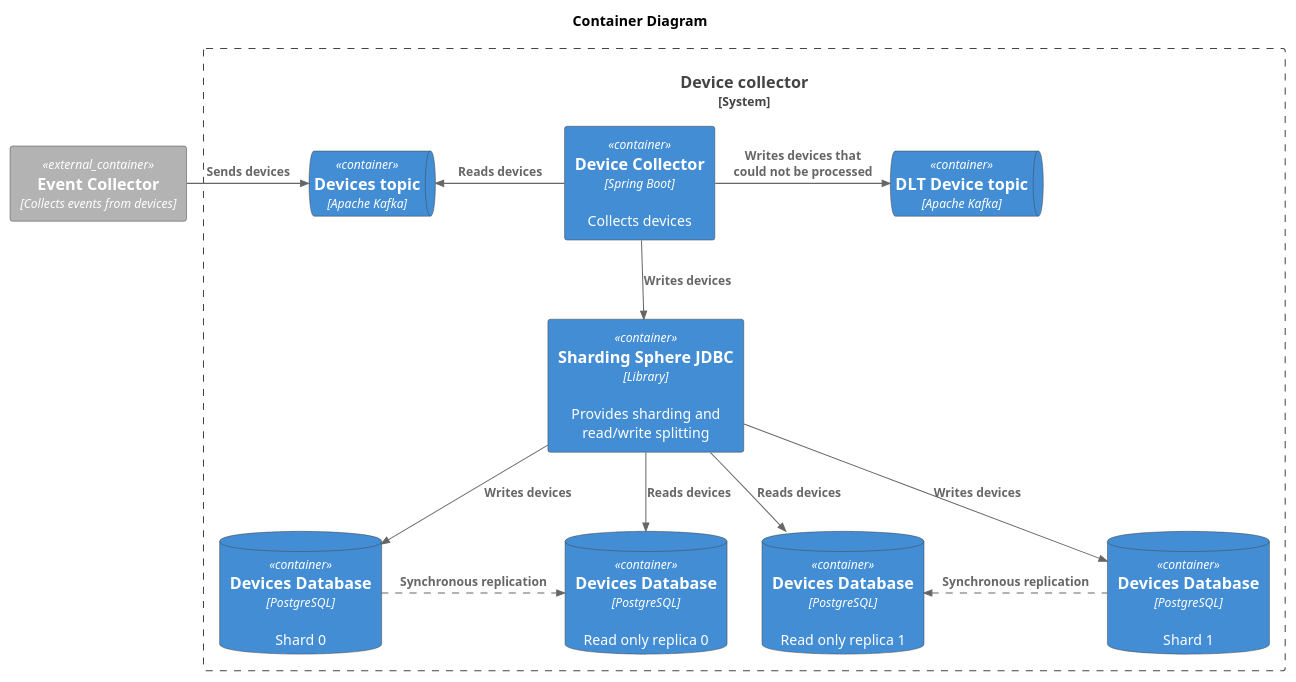
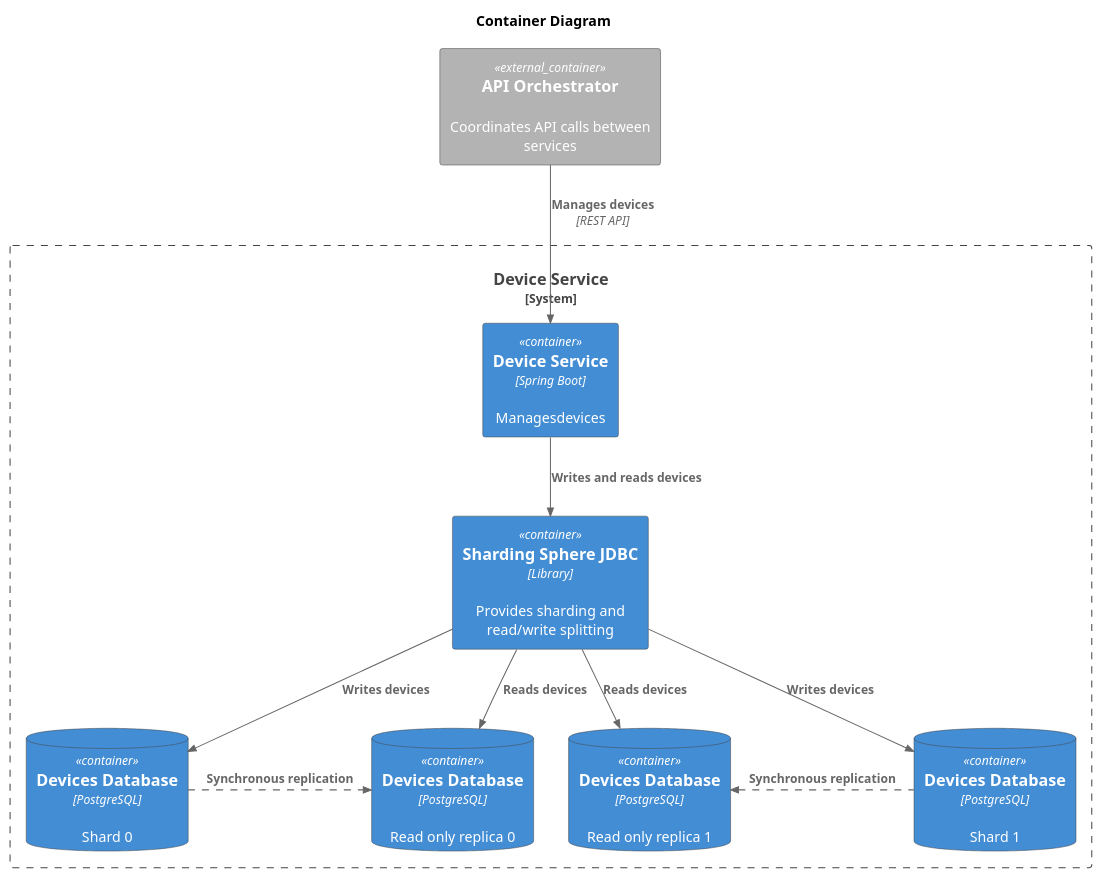
The diagram in device-service/architecture/diagrams/container.puml (ds-usova/ourcode-iot-platform), drawn with PlantUML before and after one commit. The commit also changed 2 other files, not shown here.

Commit message:
Update container diagram

```diff
--- a/device-service/architecture/diagrams/container.puml
+++ b/device-service/architecture/diagrams/container.puml
@@ -1,46 +1,40 @@
 @startuml Context
 !include https://raw.githubusercontent.com/plantuml-stdlib/C4-PlantUML/master/C4_Container.puml
 
 title "Container Diagram"
 
 ' Styles
 UpdateElementStyle("container", $borderColor="#444444")
 UpdateElementStyle("external_container", $borderColor="#444444")
 
 AddRelTag("dashed", $lineStyle = DashedLine())
 
-System_Boundary(system, "Device collector") {
+System_Boundary(system, "Device Service") {
 
     ' Containers
-    Container(device_collector, "Device Collector", "Spring Boot", "Collects devices")
+    Container(device_service, "Device Service", "Spring Boot", "Managesdevices")
 
     Container(sharding_sphere, "Sharding Sphere JDBC", "Library", "Provides sharding and read/write splitting")
 
     ContainerDb(device_db_shard_0, "Devices Database", "PostgreSQL", "Shard 0")
     ContainerDb(device_db_shard_1, "Devices Database", "PostgreSQL", "Shard 1")
     ContainerDb(device_db_replica_0, "Devices Database", "PostgreSQL", "Read only replica 0")
     ContainerDb(device_db_replica_1, "Devices Database", "PostgreSQL", "Read only replica 1")
 
-    ContainerQueue(devices_topic, "Devices topic", "Apache Kafka")
-    ContainerQueue(devices_dlt_topic, "DLT Device topic", "Apache Kafka")
-
 }
 
 ' External containers
-Container_Ext(event_collector, "Event Collector", "Collects events from devices")
+Container_Ext(orchestrator, "API Orchestrator", "", "Coordinates API calls between services")
 
-Rel_R(event_collector, devices_topic, "Sends devices")
-Rel_L(device_collector, devices_topic, "Reads devices")
-
-Rel_R(device_collector, devices_dlt_topic, "Writes devices that could not be processed")
-Rel_D(device_collector, sharding_sphere, "Writes devices")
+Rel_D(orchestrator, device_service, "Manages devices", "REST API")
+Rel_D(device_service, sharding_sphere, "Writes and reads devices")
 
 Rel_D(sharding_sphere, device_db_shard_0, "Writes devices")
 Rel_D(sharding_sphere, device_db_shard_1, "Writes devices")
 Rel_D(sharding_sphere, device_db_replica_0, "Reads devices")
 Rel_D(sharding_sphere, device_db_replica_1, "Reads devices")
 
 Rel_R(device_db_shard_0, device_db_replica_0, "Synchronous replication", $tags="dashed")
 Rel_L(device_db_shard_1, device_db_replica_1, "Synchronous replication", $tags="dashed")
 
 @enduml
```
